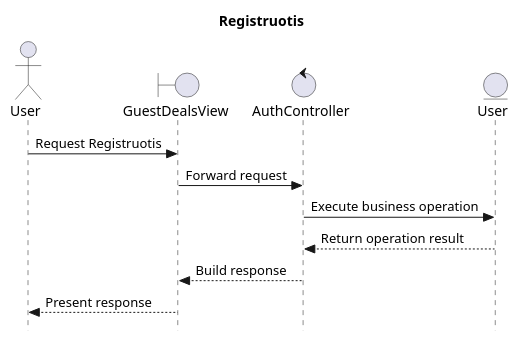
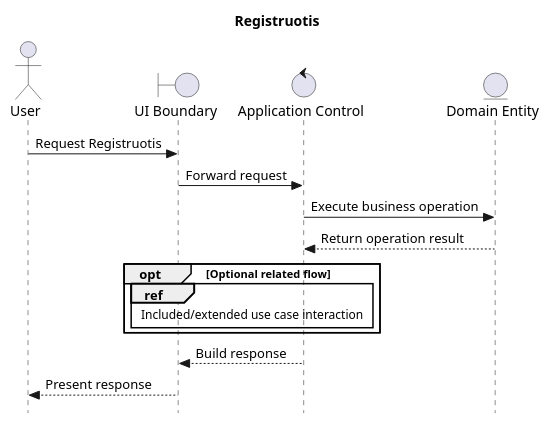
The diagram in _refs/diagrams-new/sequence/Registruotis.puml (SauliusDev/ps-projektas), drawn with PlantUML before and after one commit. The commit also changed 42 other files, not shown here.

Commit message:
fix: satisfy sequence traceability fragment checks

```diff
--- a/_refs/diagrams-new/sequence/Registruotis.puml
+++ b/_refs/diagrams-new/sequence/Registruotis.puml
@@ -1,17 +1,22 @@
 @startuml
 skinparam style strictuml
 
 title Registruotis
 
 actor "User" as user
-boundary "GuestDealsView" as ui
-control "AuthController" as authController
-entity "User" as authUser
+boundary "UI Boundary" as ui
+control "Application Control" as app
+entity "Domain Entity" as entity
 
 user -> ui: Request Registruotis
-ui -> authController: Forward request
-authController -> authUser: Execute business operation
-authUser --> authController: Return operation result
-authController --> ui: Build response
+ui -> app: Forward request
+app -> entity: Execute business operation
+entity --> app: Return operation result
+
+opt Optional related flow
+  ref over ui, app : Included/extended use case interaction
+end
+
+app --> ui: Build response
 ui --> user: Present response
 @enduml
```
